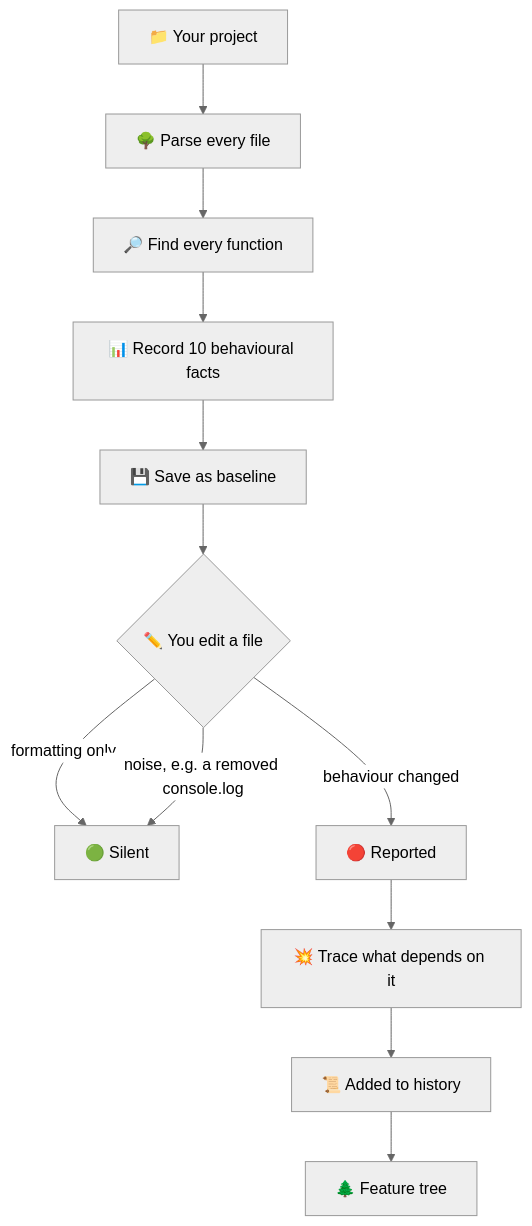
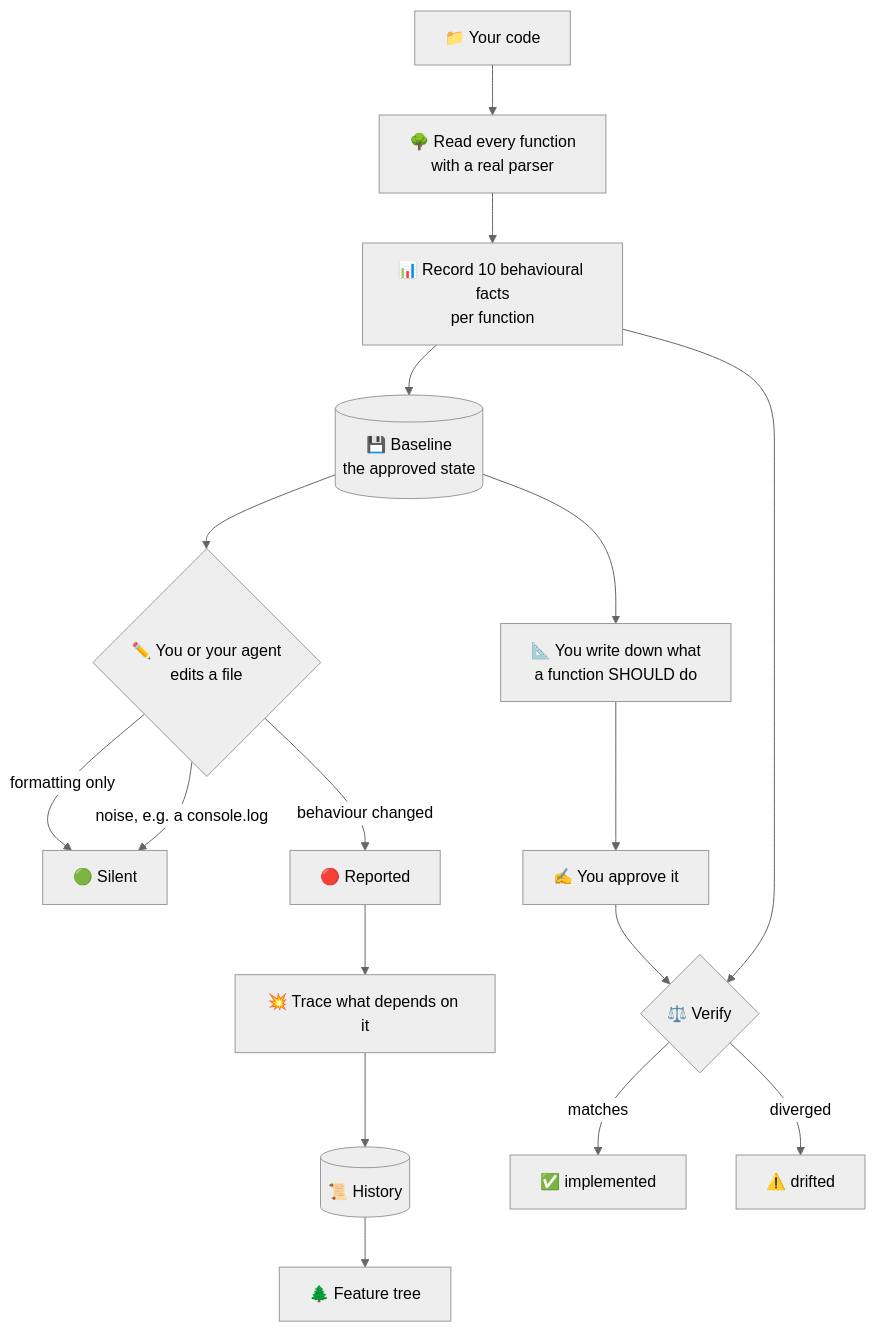
Before and after one commit to PlanMap-inc/CLI: the diagram in README.md, drawn with Mermaid (neutral theme). The commit also changed other lines of this file, not shown here.

````diff
--- a/README.md
+++ b/README.md
@@ -101,14 +166,22 @@
 ```mermaid
 flowchart TD
-    A["📁 Your project"] --> B["🌳 Parse every file"]
-    B --> C["🔎 Find every function"]
-    C --> D["📊 Record 10 behavioural facts"]
-    D --> E["💾 Save as baseline"]
-    E --> F{"✏️ You edit a file"}
-    F -->|"formatting only"| G["🟢 Silent"]
-    F -->|"noise, e.g. a removed console.log"| G
-    F -->|"behaviour changed"| H["🔴 Reported"]
-    H --> I["💥 Trace what depends on it"]
-    I --> J["📜 Added to history"]
-    J --> K["🌲 Feature tree"]
+    A["📁 Your code"] --> B["🌳 Read every function<br/>with a real parser"]
+    B --> C["📊 Record 10 behavioural facts<br/>per function"]
+    C --> D[("💾 Baseline<br/>the approved state")]
+
+    D --> E{"✏️ You or your agent<br/>edits a file"}
+    E -->|"formatting only"| F["🟢 Silent"]
+    E -->|"noise, e.g. a console.log"| F
+    E -->|"behaviour changed"| G["🔴 Reported"]
+
+    G --> H["💥 Trace what depends on it"]
+    H --> I[("📜 History")]
+    I --> J["🌲 Feature tree"]
+
+    D --> K["📐 You write down what<br/>a function SHOULD do"]
+    K --> L["✍️ You approve it"]
+    L --> M{"⚖️ Verify"}
+    C --> M
+    M -->|"matches"| N["✅ implemented"]
+    M -->|"diverged"| O["⚠️ drifted"]
 ```
````
